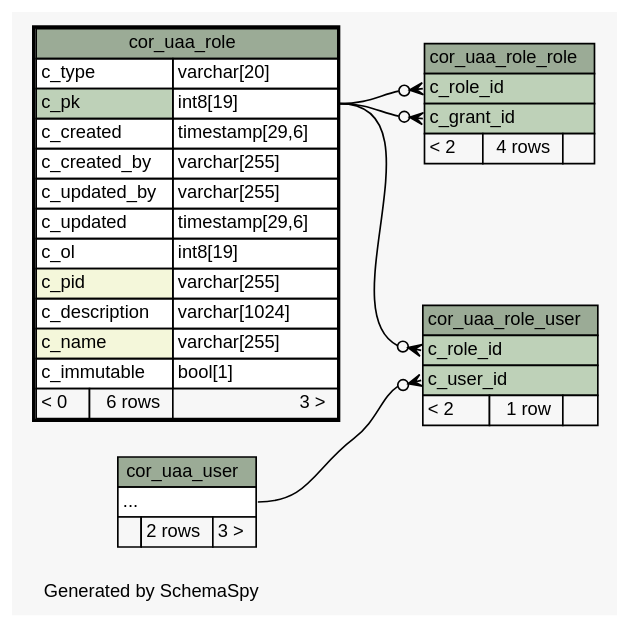
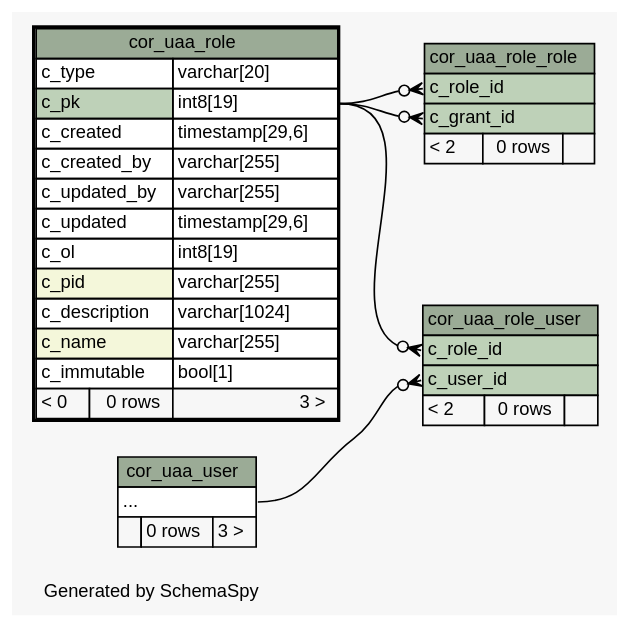
Before and after one commit to openwms/org.openwms.core.uaa: the diagram in 2.0.0-SNAPSHOT/schemaspy/diagrams/cor_uaa_role.2degrees.dot, drawn with Graphviz. The commit also changed 352 other files, not shown here.

```diff
--- a/2.0.0-SNAPSHOT/schemaspy/diagrams/cor_uaa_role.2degrees.dot
+++ b/2.0.0-SNAPSHOT/schemaspy/diagrams/cor_uaa_role.2degrees.dot
@@ -1,78 +1,78 @@
-// dot 2.43.0 on Linux 5.13.0-1029-azure
+// dot 2.43.0 on Linux 5.15.0-1020-azure
 // SchemaSpy rev Unknown
 digraph "twoDegreesRelationshipsDiagram" {
   graph [
     rankdir="RL"
     bgcolor="#f7f7f7"
     label="\nGenerated by SchemaSpy"
     labeljust="l"
     nodesep="0.18"
     ranksep="0.46"
     fontname="Helvetica"
     fontsize="11"
   ];
   node [
     fontname="Helvetica"
     fontsize="11"
     shape="plaintext"
   ];
   edge [
     arrowsize="0.8"
   ];
   "cor_uaa_role_role":"c_grant_id":w -> "cor_uaa_role":"c_pk.type":e [arrowhead=none dir=back arrowtail=crowodot];
   "cor_uaa_role_role":"c_role_id":w -> "cor_uaa_role":"c_pk.type":e [arrowhead=none dir=back arrowtail=crowodot];
   "cor_uaa_role_user":"c_role_id":w -> "cor_uaa_role":"c_pk.type":e [arrowhead=none dir=back arrowtail=crowodot];
   "cor_uaa_role_user":"c_user_id":w -> "cor_uaa_user":"elipses":e [arrowhead=none dir=back arrowtail=crowodot];
   "cor_uaa_role" [
     label=<
     <TABLE BORDER="2" CELLBORDER="1" CELLSPACING="0" BGCOLOR="#ffffff">
       <TR><TD COLSPAN="3" BGCOLOR="#9bab96" ALIGN="CENTER">cor_uaa_role</TD></TR>
       <TR><TD PORT="c_type" COLSPAN="2" ALIGN="LEFT">c_type</TD><TD PORT="c_type.type" ALIGN="LEFT">varchar[20]</TD></TR>
       <TR><TD PORT="c_pk" COLSPAN="2" BGCOLOR="#bed1b8" ALIGN="LEFT">c_pk</TD><TD PORT="c_pk.type" ALIGN="LEFT">int8[19]</TD></TR>
       <TR><TD PORT="c_created" COLSPAN="2" ALIGN="LEFT">c_created</TD><TD PORT="c_created.type" ALIGN="LEFT">timestamp[29,6]</TD></TR>
       <TR><TD PORT="c_created_by" COLSPAN="2" ALIGN="LEFT">c_created_by</TD><TD PORT="c_created_by.type" ALIGN="LEFT">varchar[255]</TD></TR>
       <TR><TD PORT="c_updated_by" COLSPAN="2" ALIGN="LEFT">c_updated_by</TD><TD PORT="c_updated_by.type" ALIGN="LEFT">varchar[255]</TD></TR>
       <TR><TD PORT="c_updated" COLSPAN="2" ALIGN="LEFT">c_updated</TD><TD PORT="c_updated.type" ALIGN="LEFT">timestamp[29,6]</TD></TR>
       <TR><TD PORT="c_ol" COLSPAN="2" ALIGN="LEFT">c_ol</TD><TD PORT="c_ol.type" ALIGN="LEFT">int8[19]</TD></TR>
       <TR><TD PORT="c_pid" COLSPAN="2" BGCOLOR="#f4f7da" ALIGN="LEFT">c_pid</TD><TD PORT="c_pid.type" ALIGN="LEFT">varchar[255]</TD></TR>
       <TR><TD PORT="c_description" COLSPAN="2" ALIGN="LEFT">c_description</TD><TD PORT="c_description.type" ALIGN="LEFT">varchar[1024]</TD></TR>
       <TR><TD PORT="c_name" COLSPAN="2" BGCOLOR="#f4f7da" ALIGN="LEFT">c_name</TD><TD PORT="c_name.type" ALIGN="LEFT">varchar[255]</TD></TR>
       <TR><TD PORT="c_immutable" COLSPAN="2" ALIGN="LEFT">c_immutable</TD><TD PORT="c_immutable.type" ALIGN="LEFT">bool[1]</TD></TR>
-      <TR><TD ALIGN="LEFT" BGCOLOR="#f7f7f7">&lt; 0</TD><TD ALIGN="RIGHT" BGCOLOR="#f7f7f7">6 rows</TD><TD ALIGN="RIGHT" BGCOLOR="#f7f7f7">3 &gt;</TD></TR>
+      <TR><TD ALIGN="LEFT" BGCOLOR="#f7f7f7">&lt; 0</TD><TD ALIGN="RIGHT" BGCOLOR="#f7f7f7">0 rows</TD><TD ALIGN="RIGHT" BGCOLOR="#f7f7f7">3 &gt;</TD></TR>
     </TABLE>>
     URL="cor_uaa_role.html"
     tooltip="cor_uaa_role"
   ];
   "cor_uaa_role_role" [
     label=<
     <TABLE BORDER="0" CELLBORDER="1" CELLSPACING="0" BGCOLOR="#ffffff">
       <TR><TD COLSPAN="3" BGCOLOR="#9bab96" ALIGN="CENTER">cor_uaa_role_role</TD></TR>
       <TR><TD PORT="c_role_id" COLSPAN="3" BGCOLOR="#bed1b8" ALIGN="LEFT">c_role_id</TD></TR>
       <TR><TD PORT="c_grant_id" COLSPAN="3" BGCOLOR="#bed1b8" ALIGN="LEFT">c_grant_id</TD></TR>
-      <TR><TD ALIGN="LEFT" BGCOLOR="#f7f7f7">&lt; 2</TD><TD ALIGN="RIGHT" BGCOLOR="#f7f7f7">4 rows</TD><TD ALIGN="RIGHT" BGCOLOR="#f7f7f7">  </TD></TR>
+      <TR><TD ALIGN="LEFT" BGCOLOR="#f7f7f7">&lt; 2</TD><TD ALIGN="RIGHT" BGCOLOR="#f7f7f7">0 rows</TD><TD ALIGN="RIGHT" BGCOLOR="#f7f7f7">  </TD></TR>
     </TABLE>>
     URL="cor_uaa_role_role.html"
     tooltip="cor_uaa_role_role"
   ];
   "cor_uaa_role_user" [
     label=<
     <TABLE BORDER="0" CELLBORDER="1" CELLSPACING="0" BGCOLOR="#ffffff">
       <TR><TD COLSPAN="3" BGCOLOR="#9bab96" ALIGN="CENTER">cor_uaa_role_user</TD></TR>
       <TR><TD PORT="c_role_id" COLSPAN="3" BGCOLOR="#bed1b8" ALIGN="LEFT">c_role_id</TD></TR>
       <TR><TD PORT="c_user_id" COLSPAN="3" BGCOLOR="#bed1b8" ALIGN="LEFT">c_user_id</TD></TR>
-      <TR><TD ALIGN="LEFT" BGCOLOR="#f7f7f7">&lt; 2</TD><TD ALIGN="RIGHT" BGCOLOR="#f7f7f7">1 row</TD><TD ALIGN="RIGHT" BGCOLOR="#f7f7f7">  </TD></TR>
+      <TR><TD ALIGN="LEFT" BGCOLOR="#f7f7f7">&lt; 2</TD><TD ALIGN="RIGHT" BGCOLOR="#f7f7f7">0 rows</TD><TD ALIGN="RIGHT" BGCOLOR="#f7f7f7">  </TD></TR>
     </TABLE>>
     URL="cor_uaa_role_user.html"
     tooltip="cor_uaa_role_user"
   ];
   "cor_uaa_user" [
     label=<
     <TABLE BORDER="0" CELLBORDER="1" CELLSPACING="0" BGCOLOR="#ffffff">
       <TR><TD COLSPAN="3" BGCOLOR="#9bab96" ALIGN="CENTER">cor_uaa_user</TD></TR>
       <TR><TD PORT="elipses" COLSPAN="3" ALIGN="LEFT">...</TD></TR>
-      <TR><TD ALIGN="LEFT" BGCOLOR="#f7f7f7">  </TD><TD ALIGN="RIGHT" BGCOLOR="#f7f7f7">2 rows</TD><TD ALIGN="RIGHT" BGCOLOR="#f7f7f7">3 &gt;</TD></TR>
+      <TR><TD ALIGN="LEFT" BGCOLOR="#f7f7f7">  </TD><TD ALIGN="RIGHT" BGCOLOR="#f7f7f7">0 rows</TD><TD ALIGN="RIGHT" BGCOLOR="#f7f7f7">3 &gt;</TD></TR>
     </TABLE>>
     URL="cor_uaa_user.html"
     tooltip="cor_uaa_user"
   ];
 }
```
